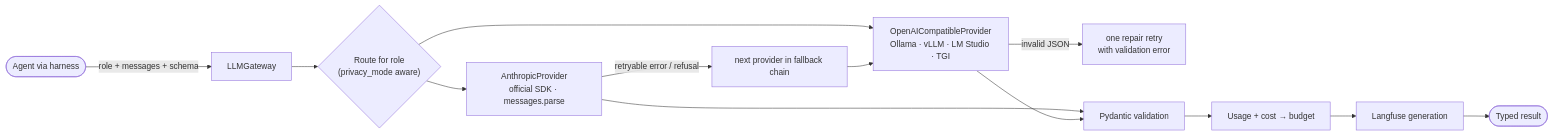
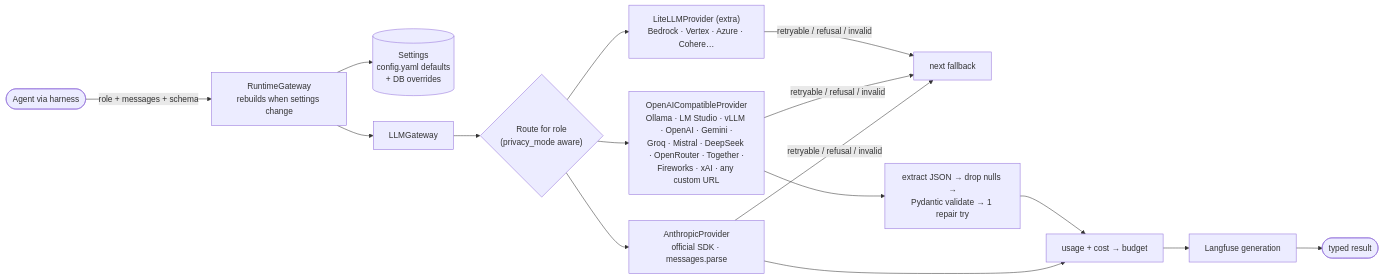
One commit to mjunedalam/JobPilot changed the diagram in docs/architecture/05-llm-gateway.md. Above: the diagram before and after it, drawn with Mermaid. The commit also changed other lines of this file and 44 other files, not shown here.

````diff
--- a/docs/architecture/05-llm-gateway.md
+++ b/docs/architecture/05-llm-gateway.md
@@ -7,14 +8,13 @@
 ```mermaid
 flowchart LR
-    AG(["Agent via harness"]) -->|"role + messages + schema"| GW["LLMGateway"]
+    AG(["Agent via harness"]) -->|"role + messages + schema"| RG["RuntimeGateway<br/>rebuilds when settings change"]
+    RG --> ST[("Settings<br/>config.yaml defaults<br/>+ DB overrides")]
+    RG --> GW["LLMGateway"]
     GW --> RT{"Route for role<br/>(privacy_mode aware)"}
     RT --> P1["AnthropicProvider<br/>official SDK · messages.parse"]
-    RT --> P2["OpenAICompatibleProvider<br/>Ollama · vLLM · LM Studio · TGI"]
-    P1 -- "retryable error / refusal" --> FB["next provider in fallback chain"]
-    P2 -- "invalid JSON" --> REPAIR["one repair retry<br/>with validation error"]
-    FB --> P2
-    P1 & P2 --> VAL["Pydantic validation"]
-    VAL --> USE["Usage + cost → budget"]
-    USE --> TR["Langfuse generation"]
-    TR --> OUT(["Typed result"])
+    RT --> P2["OpenAICompatibleProvider<br/>Ollama · LM Studio · vLLM · OpenAI · Gemini ·<br/>Groq · Mistral · DeepSeek · OpenRouter · Together ·<br/>Fireworks · xAI · any custom URL"]
+    RT --> P3["LiteLLMProvider (extra)<br/>Bedrock · Vertex · Azure · Cohere…"]
+    P1 & P2 & P3 -- "retryable / refusal / invalid" --> FB["next fallback"]
+    P2 --> PARSE["extract JSON → drop nulls →<br/>Pydantic validate → 1 repair try"]
+    P1 & PARSE --> USE["usage + cost → budget"] --> TR["Langfuse generation"] --> OUT(["typed result"])
 ```
````
